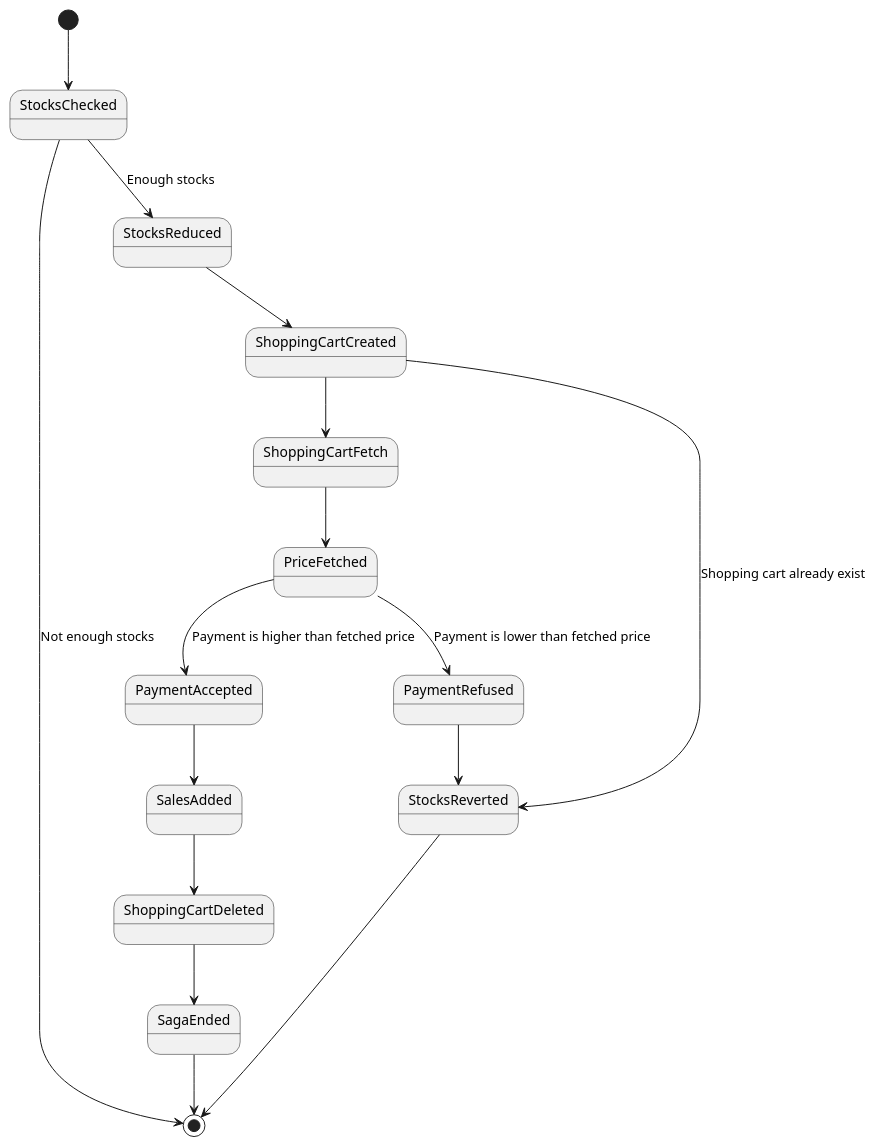
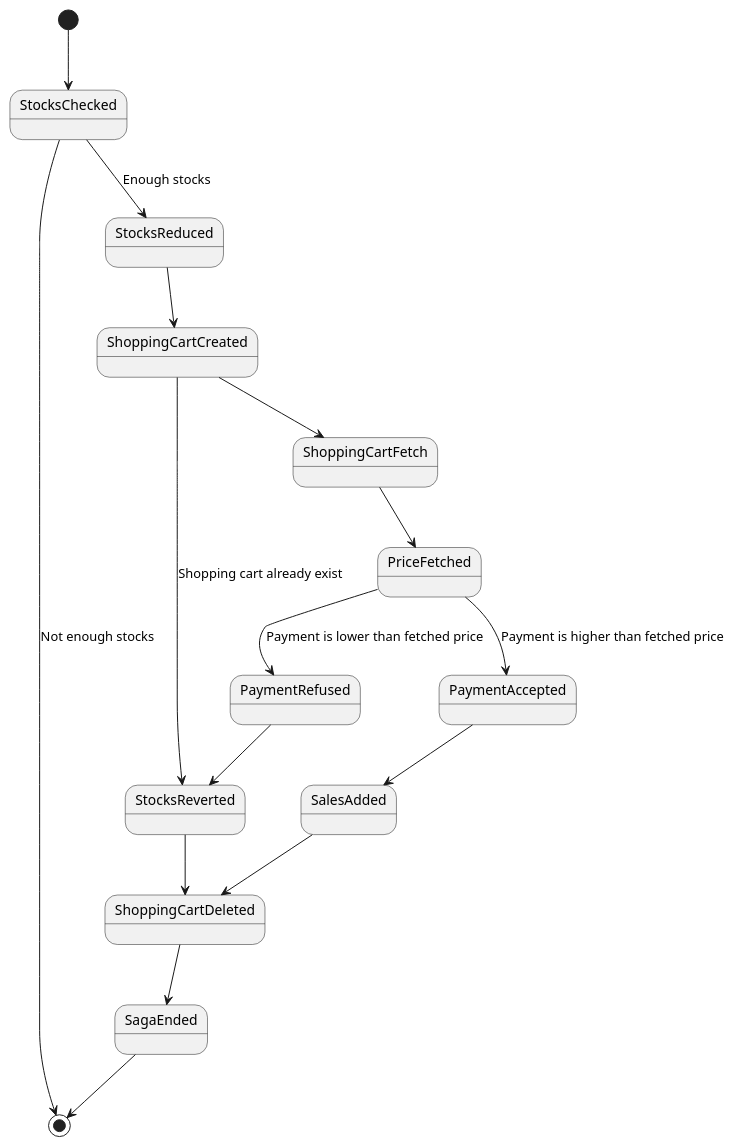
The diagram in docs/UML/saga.puml (ThePhobosDeimosSuite/laboratoire-0_log430), drawn with PlantUML before and after one commit. The commit also changed 9 other files, not shown here.

```diff
--- a/docs/UML/saga.puml
+++ b/docs/UML/saga.puml
@@ -1,22 +1,22 @@
 @startuml saga
 [*] --> StocksChecked
 StocksChecked --> [*] : Not enough stocks
 StocksChecked --> StocksReduced : Enough stocks
 StocksReduced --> ShoppingCartCreated
 ShoppingCartCreated --> StocksReverted : Shopping cart already exist
-StocksReverted --> [*]
 ShoppingCartCreated --> ShoppingCartFetch
 ShoppingCartFetch --> PriceFetched
 
 PriceFetched --> PaymentAccepted : Payment is higher than fetched price
 PaymentAccepted --> SalesAdded
 SalesAdded --> ShoppingCartDeleted
 
 
 PriceFetched --> PaymentRefused : Payment is lower than fetched price
 PaymentRefused --> StocksReverted
 
 ShoppingCartDeleted --> SagaEnded
+StocksReverted --> ShoppingCartDeleted
 
 SagaEnded --> [*]
 @enduml
```
